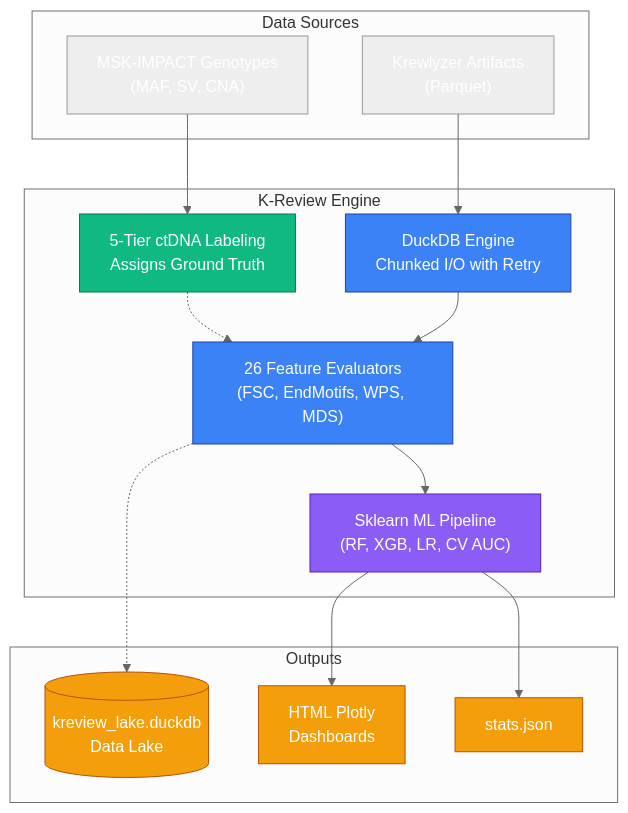
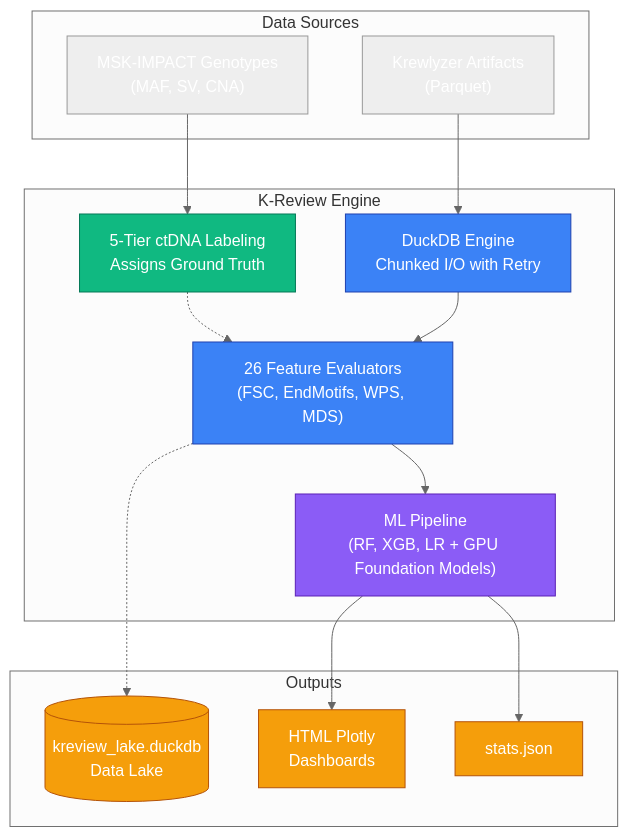
Before and after one commit to msk-access/kreview: the first of 2 diagrams in docs/index.md, drawn with Mermaid (neutral theme). The commit also changed other lines of this file and 36 other files, not shown here.

First line of the commit message:
feat: GPU model expansion + decomposed multimodal pipeline (#27)

````diff
--- a/docs/index.md
+++ b/docs/index.md
@@ -18,36 +18,36 @@
 ```mermaid
 flowchart TD
     %% Define Styles
     classDef extract fill:#3b82f6,stroke:#1e40af,color:#fff;
     classDef label fill:#10b981,stroke:#047857,color:#fff;
     classDef ml fill:#8b5cf6,stroke:#5b21b6,color:#fff;
     classDef persist fill:#f59e0b,stroke:#b45309,color:#fff;
     
     subgraph Data Sources
         cBioPortal["MSK-IMPACT Genotypes\n(MAF, SV, CNA)"] 
         Krewlyzer["Krewlyzer Artifacts\n(Parquet)"]
     end
     
     subgraph K-Review Engine
         A["DuckDB Engine\nChunked I/O with Retry"]:::extract
         B["5-Tier ctDNA Labeling\nAssigns Ground Truth"]:::label
         C["26 Feature Evaluators\n(FSC, EndMotifs, WPS, MDS)"]:::extract
-        D["Sklearn ML Pipeline\n(RF, XGB, LR, CV AUC)"]:::ml
+        D["ML Pipeline\n(RF, XGB, LR + GPU Foundation Models)"]:::ml
     end
     
     subgraph Outputs
         DB[("kreview_lake.duckdb\nData Lake")]:::persist
         Dash["HTML Plotly\nDashboards"]:::persist
         Stats["stats.json"]:::persist
     end
 
     cBioPortal --> B
     Krewlyzer --> A
     B -.-> C
     A --> C
     C --> D
     
     D --> Dash
     D --> Stats
     C -.-> DB
 ```
````
